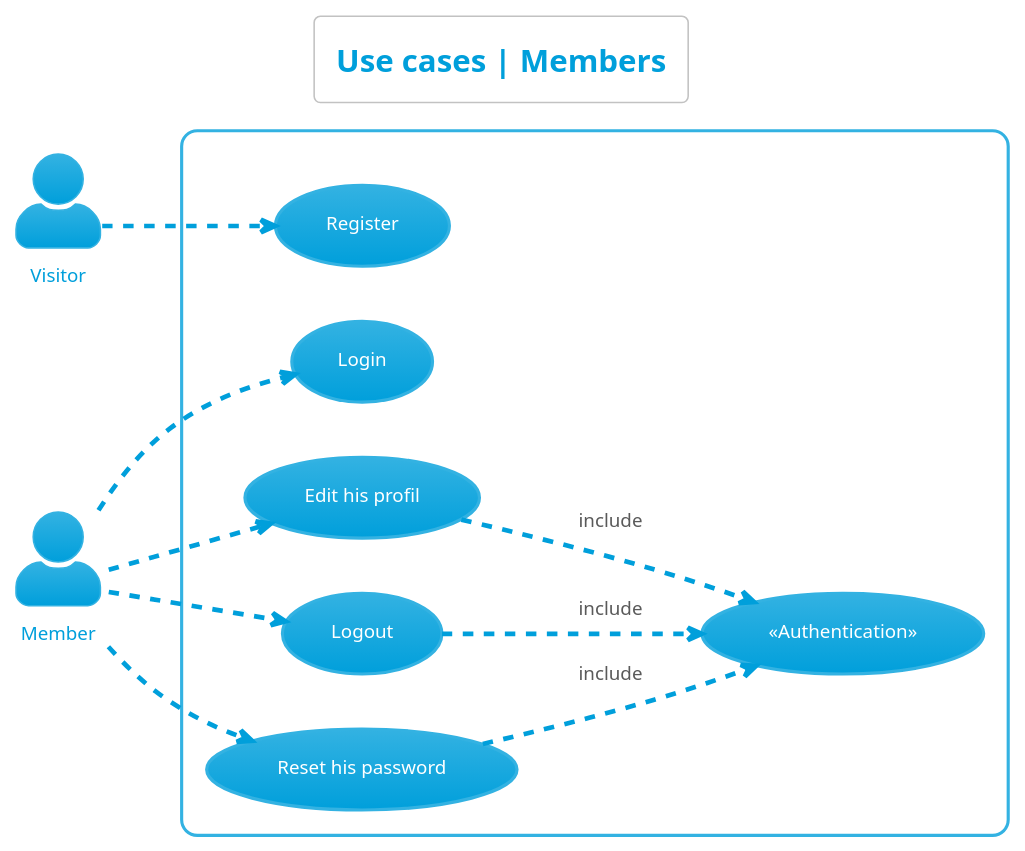
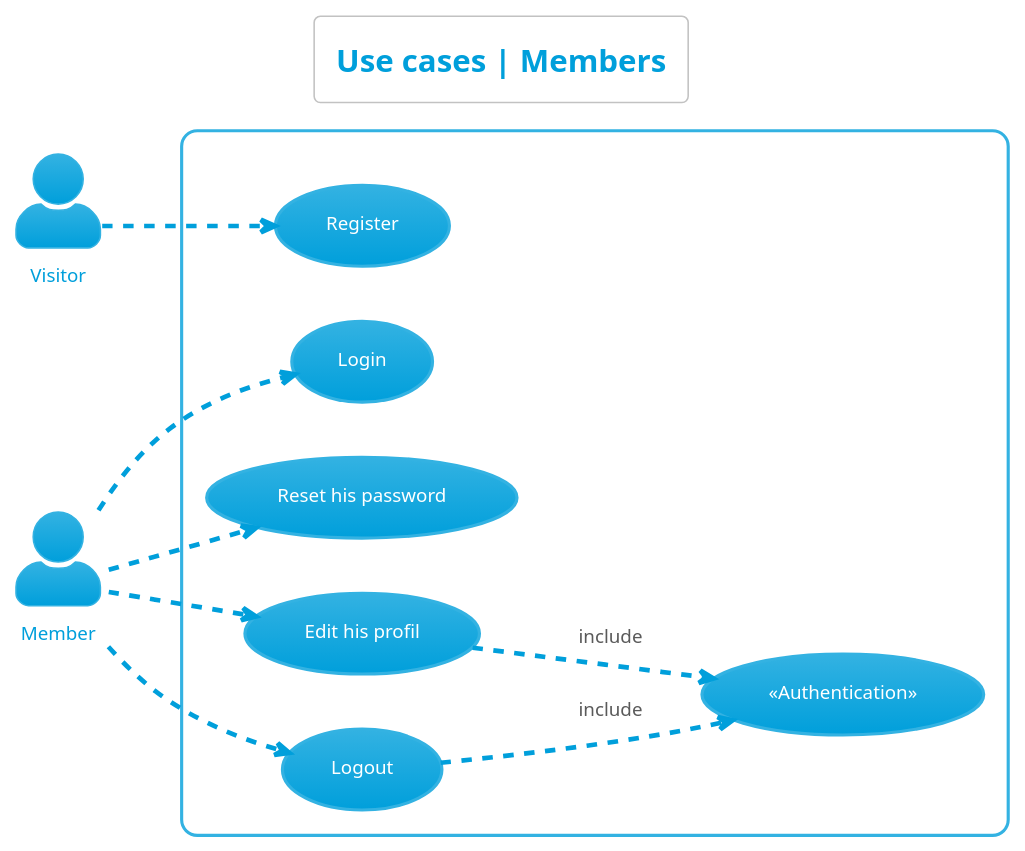
Before and after one commit to sebastien-d-me/SnowTricks: the diagram in diagrammes/use_cases/members/members.plantuml, drawn with PlantUML. The commit also changed 1 other file, not shown here.

Commit message:
📝 Fix UML
Fix the "use case members"

```diff
--- a/diagrammes/use_cases/members/members.plantuml
+++ b/diagrammes/use_cases/members/members.plantuml
@@ -1,38 +1,38 @@
 @startuml use_cases__members
 left to right direction
 skinparam actorStyle Awesome
 !theme bluegray
 skinparam backgroundcolor White
 
 'Titre'
 title Use cases | Members
 
 'Acteur'
 actor "Visitor" as Visitor
 actor "Member" as Member
 
 'Rectangle'
 rectangle {
     'Authentification'
     "«Authentication»" as (Authentification)
 
     'Visiteur'
     "Register" as (Register)
 
     'Membre'
     "Login" as (Login)
+    "Reset his password" as (ResetPassword)
     "Edit his profil" as (EditProfil)
     "Logout" as (Logout)
-    "Reset his password" as (ResetPassword)
+    
 
     'Déroulement'
     :Visitor: -.> (Register)
     :Member: -.> (Login)
     :Member: -.> (ResetPassword)
     :Member: -.> (EditProfil)
     :Member: -.> (Logout)
     (EditProfil) -.> (Authentification) : include
     (Logout) -.> (Authentification) : include
-    (ResetPassword) -.> (Authentification) : include
 }
 @enduml
```
